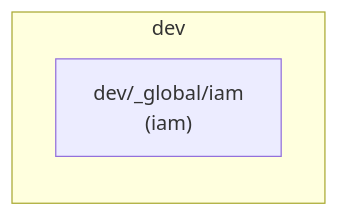
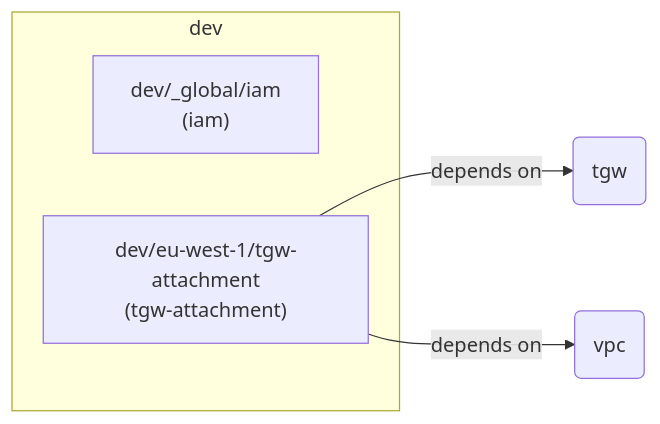
Before and after one commit to 100rd/platform-design: the diagram in docs/diagrams/dev.md, drawn with Mermaid. The commit also changed 2 other files, not shown here.

Commit message:
docs: regenerate infrastructure diagrams

````diff
--- a/docs/diagrams/dev.md
+++ b/docs/diagrams/dev.md
@@ -7,6 +7,9 @@
 ```mermaid
 graph LR
   subgraph dev["dev"]
     dev__global_iam["dev/_global/iam<br/>(iam)"]
+    dev_eu_west_1_tgw_attachment["dev/eu-west-1/tgw-attachment<br/>(tgw-attachment)"]
   end
+  dev_eu_west_1_tgw_attachment -->|depends on| dev_eu_west_1_tgw_attachment__dep__tgw(tgw)
+  dev_eu_west_1_tgw_attachment -->|depends on| dev_eu_west_1_tgw_attachment__dep__vpc(vpc)
 ```
````
